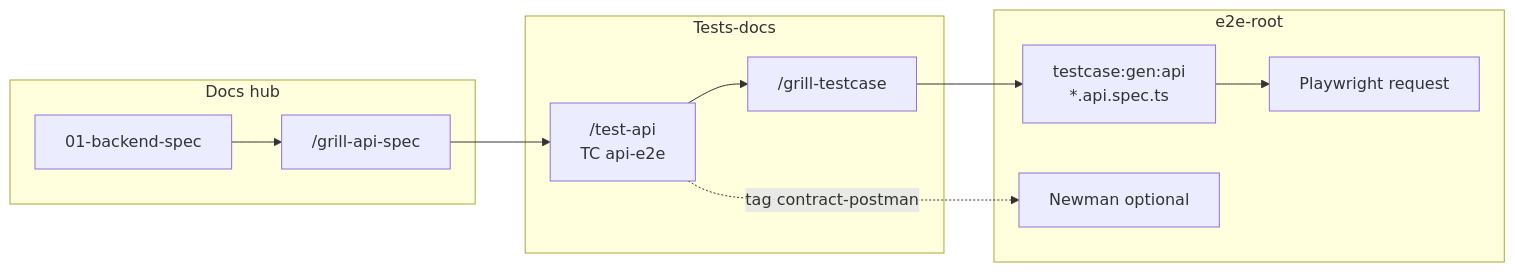
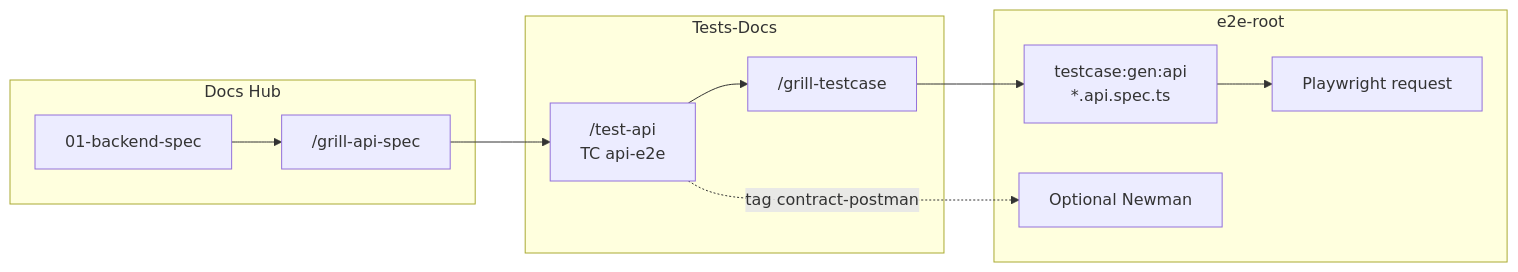
Before and after one commit to ShanYuCoder/flowgrid-docs: the fifth of 5 diagrams in workflows/test.md, drawn with Mermaid. The commit also changed other lines of this file and 348 other files, not shown here.

````diff
--- a/workflows/test.md
+++ b/workflows/test.md
@@ -204,19 +204,19 @@
 ```mermaid
 flowchart LR
-  subgraph DOCS["Docs hub"]
+  subgraph DOCS["Docs Hub"]
     O1["01-backend-spec"]
     GAS["/grill-api-spec"]
   end
-  subgraph HUB["Tests-docs"]
+  subgraph HUB["Tests-Docs"]
     TA["/test-api\nTC api-e2e"]
     GTG["/grill-testcase"]
   end
   subgraph RUN["e2e-root"]
     PG["testcase:gen:api\n*.api.spec.ts"]
     PW["Playwright request"]
-    NM["Newman optional"]
+    NM["Optional Newman"]
   end
 
   O1 --> GAS --> TA --> GTG --> PG --> PW
   TA -.->|tag contract-postman| NM
 ```
````
